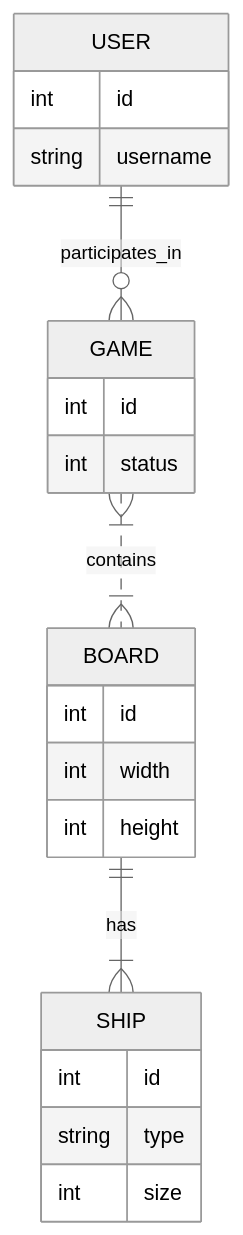
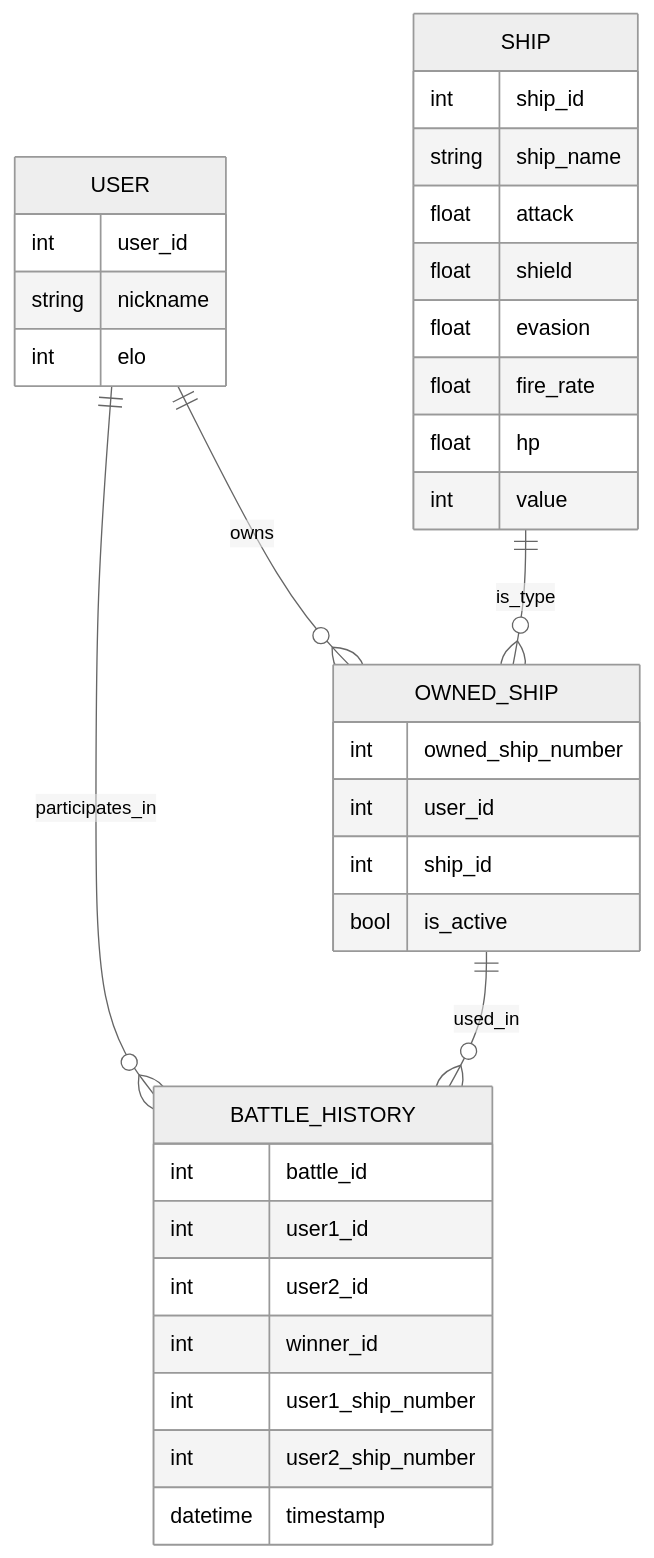
The first of 2 diagrams in README.md (FilipePacheco73/Bellum-Astrum), drawn with Mermaid (neutral theme) before and after one commit. The commit also changed other lines of this file, not shown here.

````diff
--- a/README.md
+++ b/README.md
@@ -79,24 +84,37 @@
 ```mermaid
 erDiagram
-    USER ||--o{ GAME : participates_in
-    GAME }|..|{ BOARD : contains
-    BOARD ||--|{ SHIP : has
+    USER ||--o{ OWNED_SHIP : owns
+    USER ||--o{ BATTLE_HISTORY : participates_in
+    SHIP ||--o{ OWNED_SHIP : is_type
+    OWNED_SHIP ||--o{ BATTLE_HISTORY : used_in
     USER {
-        int id
-        string username
-    }
-    GAME {
-        int id
-        int status
-    }
-    BOARD {
-        int id
-        int width
-        int height
+        int user_id
+        string nickname
+        int elo
     }
     SHIP {
-        int id
-        string type
-        int size
+        int ship_id
+        string ship_name
+        float attack
+        float shield
+        float evasion
+        float fire_rate
+        float hp
+        int value
+    }
+    OWNED_SHIP {
+        int owned_ship_number
+        int user_id
+        int ship_id
+        bool is_active
+    }
+    BATTLE_HISTORY {
+        int battle_id
+        int user1_id
+        int user2_id
+        int winner_id
+        int user1_ship_number
+        int user2_ship_number
+        datetime timestamp
     }
 ```
````
